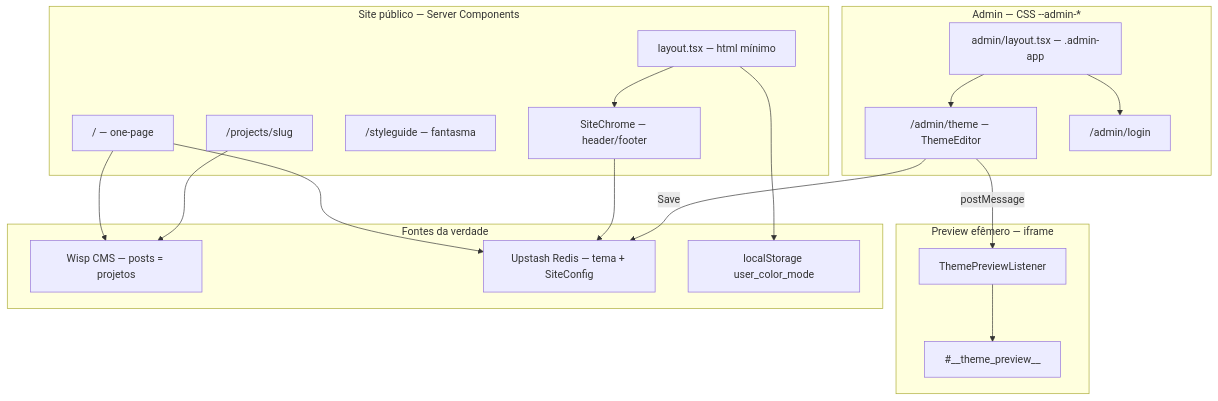
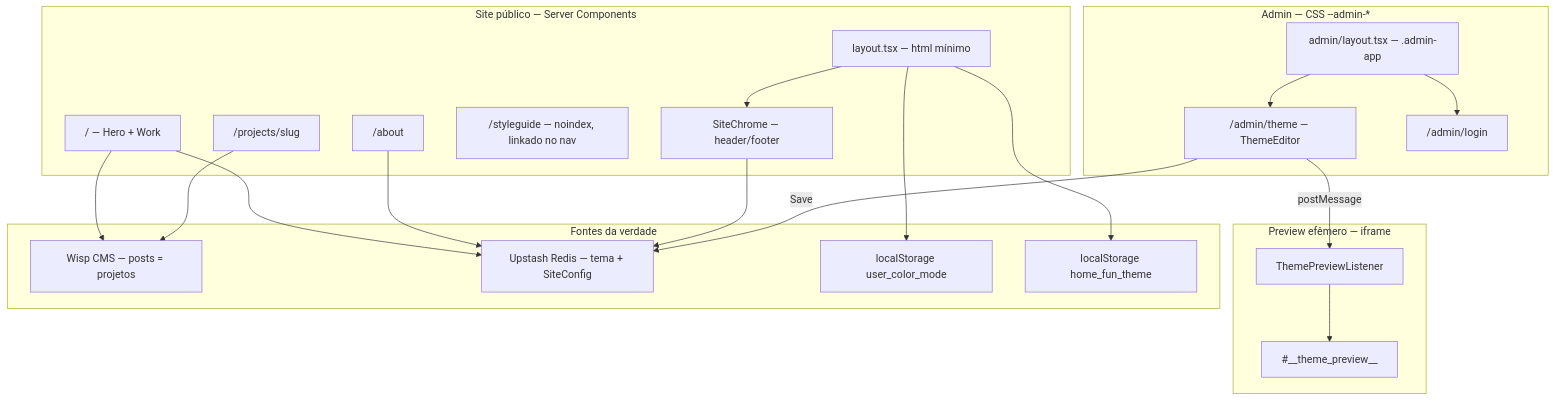
Before and after one commit to juliasakakibara/test-wisp: the diagram in docs/HANDOFF.md, drawn with Mermaid. The commit also changed other lines of this file and 2 other files, not shown here.

````diff
--- a/docs/HANDOFF.md
+++ b/docs/HANDOFF.md
@@ -56,39 +56,43 @@
 ```mermaid
 flowchart TB
   subgraph public [Site público — Server Components]
-    Home["/ — one-page"]
+    Home["/ — Hero + Work"]
+    About["/about"]
     Project["/projects/slug"]
-    StyleGuide["/styleguide — fantasma"]
+    StyleGuide["/styleguide — noindex, linkado no nav"]
     RootLayout["layout.tsx — html mínimo"]
     SiteChrome["SiteChrome — header/footer"]
   end
 
   subgraph admin [Admin — CSS --admin-*]
     AdminLayout["admin/layout.tsx — .admin-app"]
     ThemeEditor["/admin/theme — ThemeEditor"]
     Login["/admin/login"]
   end
 
   subgraph preview [Preview efêmero — iframe]
     Listener["ThemePreviewListener"]
     StyleTag["#__theme_preview__"]
   end
 
   subgraph sources [Fontes da verdade]
     Wisp["Wisp CMS — posts = projetos"]
     Redis["Upstash Redis — tema + SiteConfig"]
     ColorMode["localStorage user_color_mode"]
+    FunTheme["localStorage home_fun_theme"]
   end
 
   Home --> Wisp
   Home --> Redis
+  About --> Redis
   Project --> Wisp
   RootLayout --> SiteChrome
   SiteChrome --> Redis
   ThemeEditor -->|Save| Redis
   ThemeEditor -->|postMessage| Listener
   Listener --> StyleTag
   RootLayout --> ColorMode
+  RootLayout --> FunTheme
   AdminLayout --> Login
   AdminLayout --> ThemeEditor
 ```
````
